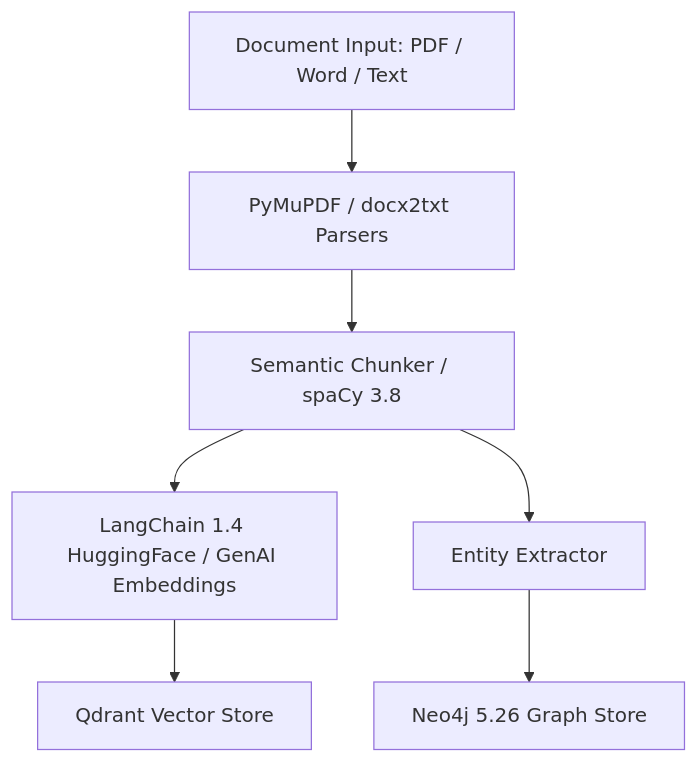
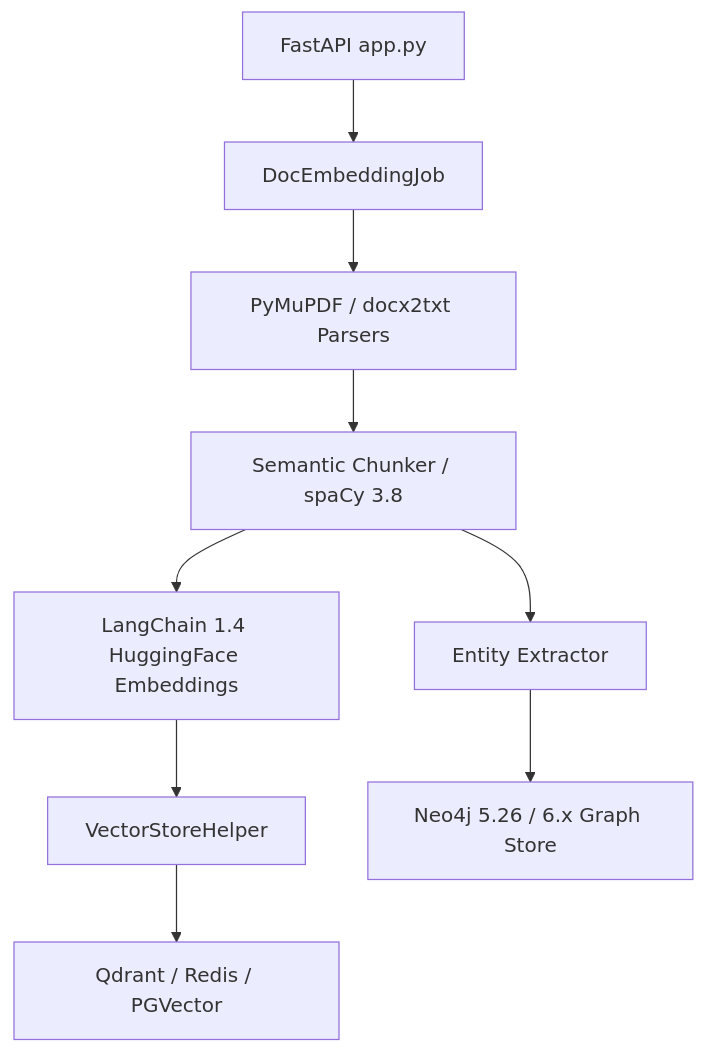
Before and after one commit to akjamie/rag-chatbot-doc-preprocess: the diagram in openspec/changes/update-dependencies-get-related-libs/design.md, drawn with Mermaid. The commit also changed other lines of this file and 13 other files, not shown here.

Commit message:
fix(update-dependencies-get-related-libs): address Round 3 review findings - lazy vector store, capped drivers, real embeddings, smoke tests, and pip check

````diff
--- a/openspec/changes/update-dependencies-get-related-libs/design.md
+++ b/openspec/changes/update-dependencies-get-related-libs/design.md
@@ -6,9 +6,11 @@
 ```mermaid
 flowchart TD
-    DocInput[Document Input: PDF / Word / Text] --> PyMuPDF[PyMuPDF / docx2txt Parsers]
-    PyMuPDF --> Chunker[Semantic Chunker / spaCy 3.8]
-    Chunker --> Embedder[LangChain 1.4 HuggingFace / GenAI Embeddings]
-    Embedder --> VectorStore[Qdrant Vector Store]
+    App[FastAPI app.py] --> Job[DocEmbeddingJob]
+    Job --> Loaders[PyMuPDF / docx2txt Parsers]
+    Loaders --> Chunker[Semantic Chunker / spaCy 3.8]
+    Chunker --> Embedder[LangChain 1.4 HuggingFace Embeddings]
+    Embedder --> VectorHelper[VectorStoreHelper]
+    VectorHelper --> VectorStore[Qdrant / Redis / PGVector]
     Chunker --> GraphExtractor[Entity Extractor]
-    GraphExtractor --> Neo4jStore[Neo4j 5.26 Graph Store]
+    GraphExtractor --> Neo4jStore[Neo4j 5.26 / 6.x Graph Store]
 ```
````
